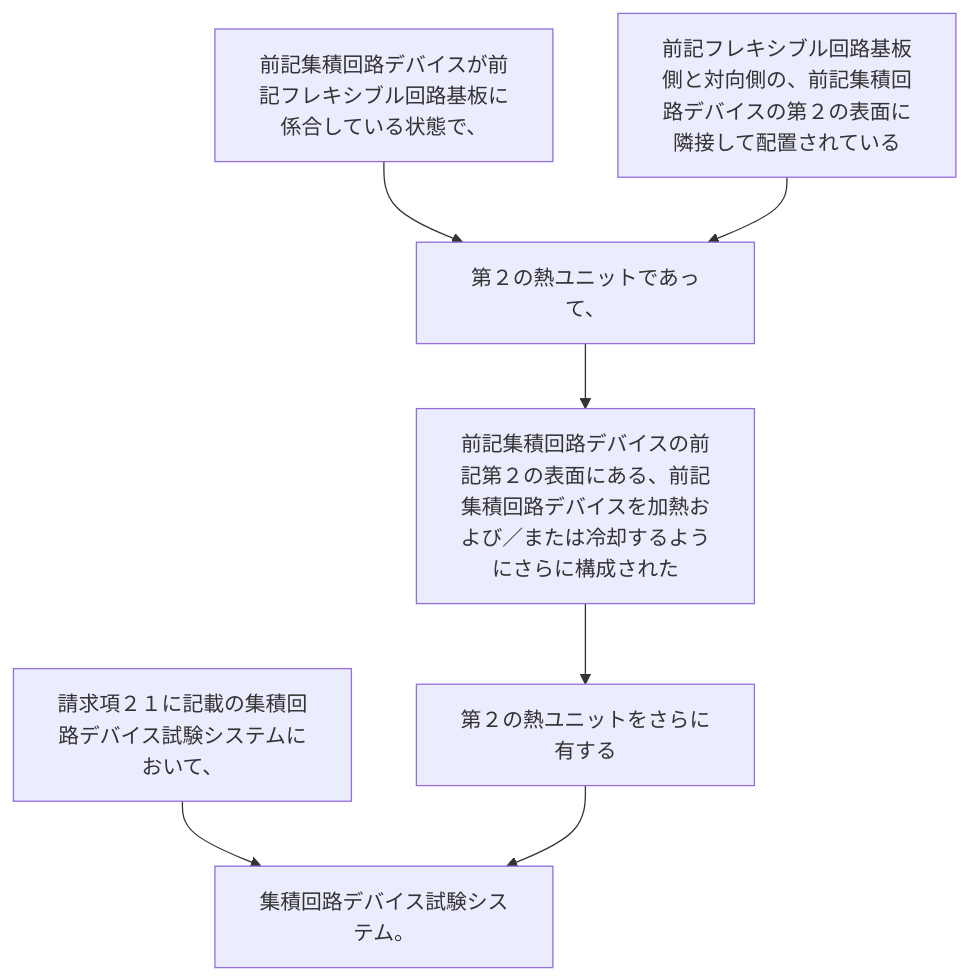
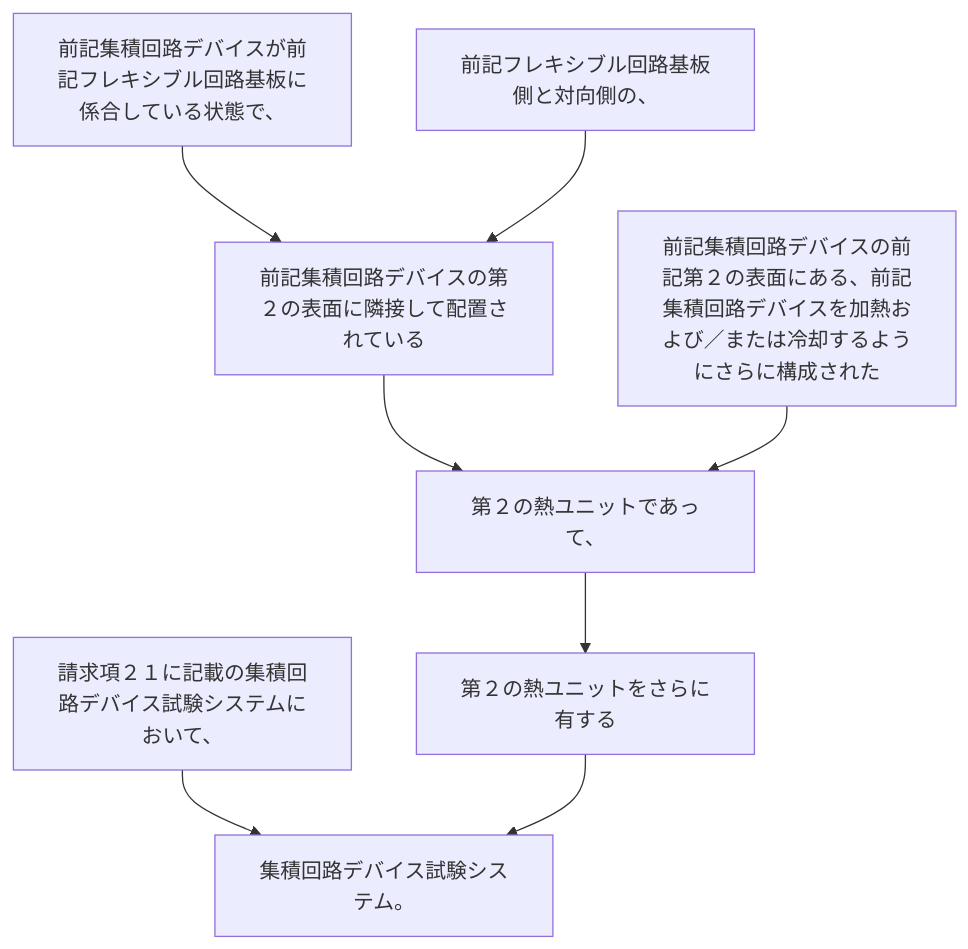
The diagram in 2024/JP2024023283A/claim_22/README.md (shinmori55/patent_analyzed), drawn with Mermaid before and after one commit. The commit also changed 336 other files, not shown here.

````diff
--- a/2024/JP2024023283A/claim_22/README.md
+++ b/2024/JP2024023283A/claim_22/README.md
@@ -3,16 +3,18 @@
 ```mermaid
 flowchart TD
 A[請求項２１に記載の集積回路デバイス試験システムにおいて、]
 B[前記集積回路デバイスが前記フレキシブル回路基板に係合している状態で、]
-C[前記フレキシブル回路基板側と対向側の、前記集積回路デバイスの第２の表面に隣接して配置されている]
-D[第２の熱ユニットであって、]
-E[前記集積回路デバイスの前記第２の表面にある、前記集積回路デバイスを加熱および／または冷却するようにさらに構成された]
-F[第２の熱ユニットをさらに有する]
-G[集積回路デバイス試験システム。]
-A --> G
+C[前記フレキシブル回路基板側と対向側の、]
+D[前記集積回路デバイスの第２の表面に隣接して配置されている]
+E[第２の熱ユニットであって、]
+F[前記集積回路デバイスの前記第２の表面にある、前記集積回路デバイスを加熱および／または冷却するようにさらに構成された]
+G[第２の熱ユニットをさらに有する]
+H[集積回路デバイス試験システム。]
+A --> H
 B --> D
 C --> D
 D --> E
-E --> F
-F --> G
+F --> E
+E --> G
+G --> H
 ```
````
